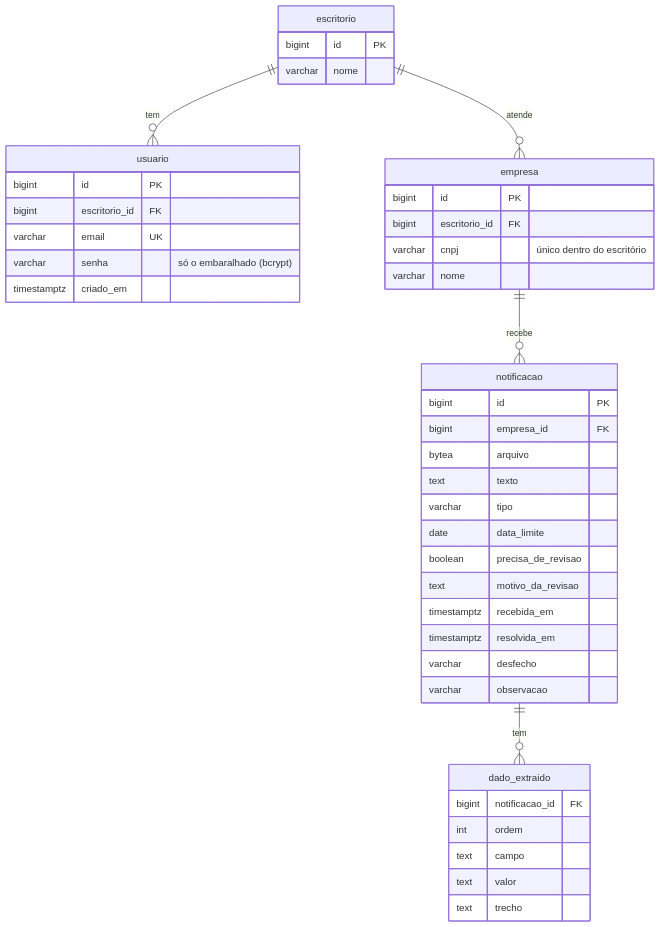
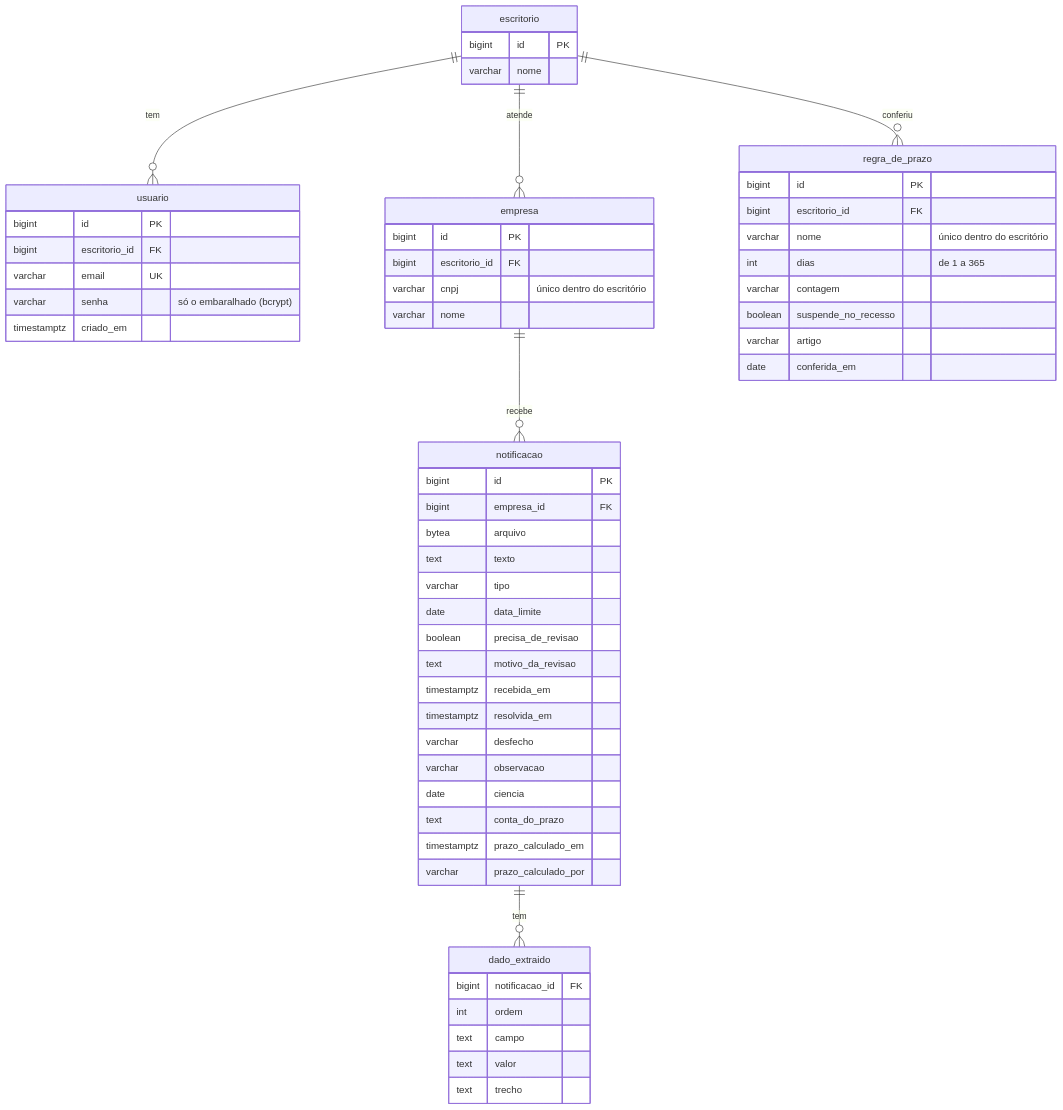
Before and after one commit to namtech-agents/atalaia: the eighth of 8 diagrams in docs/04-arquitetura/arquitetura.md, drawn with Mermaid. The commit also changed other lines of this file and 1 other file, not shown here.

Commit message:
docs: prazo na tela nos diagramas e no README (#75)

````diff
--- a/docs/04-arquitetura/arquitetura.md
+++ b/docs/04-arquitetura/arquitetura.md
@@ -453,46 +497,61 @@
 ```mermaid
 erDiagram
     escritorio ||--o{ usuario : "tem"
     escritorio ||--o{ empresa : "atende"
+    escritorio ||--o{ regra_de_prazo : "conferiu"
     empresa ||--o{ notificacao : "recebe"
     notificacao ||--o{ dado_extraido : "tem"
 
     escritorio {
         bigint id PK
         varchar nome
     }
     usuario {
         bigint id PK
         bigint escritorio_id FK
         varchar email UK
         varchar senha "só o embaralhado (bcrypt)"
         timestamptz criado_em
     }
     empresa {
         bigint id PK
         bigint escritorio_id FK
         varchar cnpj "único dentro do escritório"
         varchar nome
     }
     notificacao {
         bigint id PK
         bigint empresa_id FK
         bytea arquivo
         text texto
         varchar tipo
         date data_limite
         boolean precisa_de_revisao
         text motivo_da_revisao
         timestamptz recebida_em
         timestamptz resolvida_em
         varchar desfecho
         varchar observacao
+        date ciencia
+        text conta_do_prazo
+        timestamptz prazo_calculado_em
+        varchar prazo_calculado_por
+    }
+    regra_de_prazo {
+        bigint id PK
+        bigint escritorio_id FK
+        varchar nome "único dentro do escritório"
+        int dias "de 1 a 365"
+        varchar contagem
+        boolean suspende_no_recesso
+        varchar artigo
+        date conferida_em
     }
     dado_extraido {
         bigint notificacao_id FK
         int ordem
         text campo
         text valor
         text trecho
     }
 ```
````
